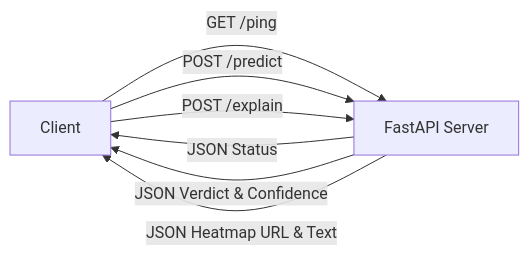
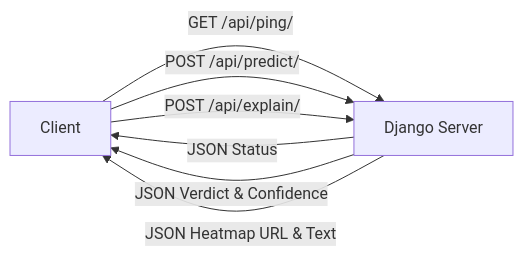
Before and after one commit to arththakkar1/signal-scope-web-app: the diagram in doc/reference/api-endpoints.md, drawn with Mermaid. The commit also changed other lines of this file and 7 other files, not shown here.

````diff
--- a/doc/reference/api-endpoints.md
+++ b/doc/reference/api-endpoints.md
@@ -6,10 +6,10 @@
 ```mermaid
 flowchart LR
-    Client -->|GET /ping| API[FastAPI Server]
-    Client -->|POST /predict| API
-    Client -->|POST /explain| API
+    Client -->|GET /api/ping/| API[Django Server]
+    Client -->|POST /api/predict/| API
+    Client -->|POST /api/explain/| API
     
     API -->|JSON Status| Client
     API -->|JSON Verdict & Confidence| Client
     API -->|JSON Heatmap URL & Text| Client
 ```
````
